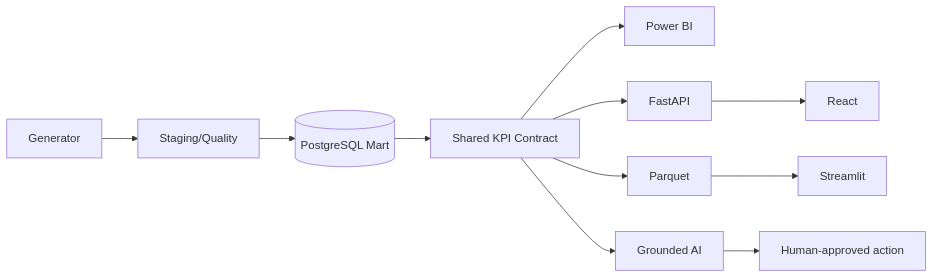
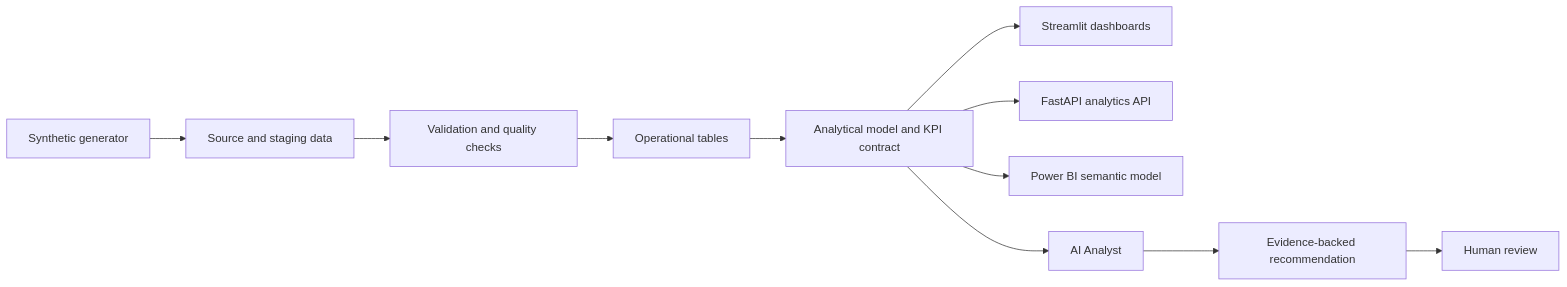
Before and after one commit to mirza019/fieldops-intelligence: the first of 5 diagrams in README.md, drawn with Mermaid. The commit also changed other lines of this file, not shown here.

Commit message:
Rewrite README to match the actual FieldOps architecture and status

````diff
--- a/README.md
+++ b/README.md
@@ -26,5 +50,13 @@
 ```mermaid
 flowchart LR
- G[Generator]-->S[Staging/Quality]-->M[(PostgreSQL Mart)]-->K[Shared KPI Contract]
- K-->P[Power BI];K-->API[FastAPI]-->R[React];K-->D[Parquet]-->ST[Streamlit];K-->AI[Grounded AI]-->W[Human-approved action]
+    G[Synthetic generator] --> S[Source and staging data]
+    S --> V[Validation and quality checks]
+    V --> O[Operational tables]
+    O --> M[Analytical model and KPI contract]
+    M --> D[Streamlit dashboards]
+    M --> A[FastAPI analytics API]
+    M --> P[Power BI semantic model]
+    M --> I[AI Analyst]
+    I --> E[Evidence-backed recommendation]
+    E --> H[Human review]
 ```
````
